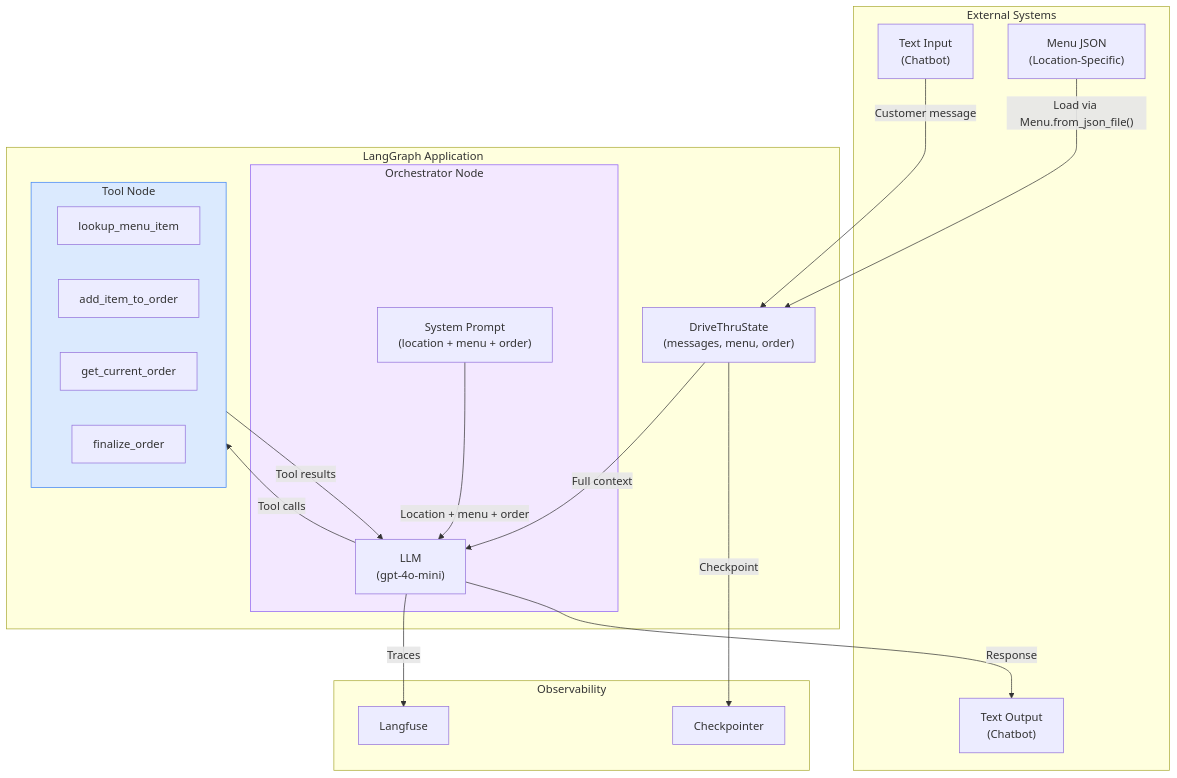
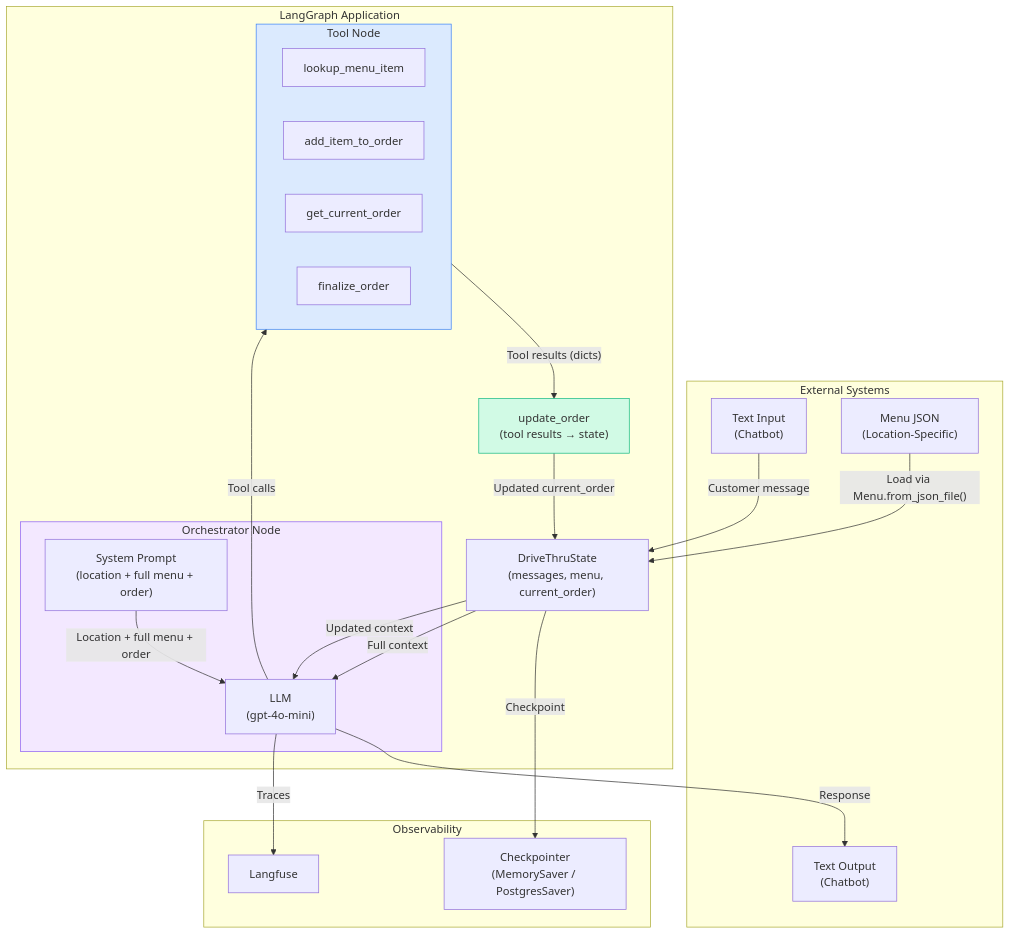
Before and after one commit to seanreed1111/mcdonalds-drive-thru-bot: the third of 12 diagrams in docs/thoughts/target-implementation/v1/langgraph-state-diagrams-v1.md, drawn with Mermaid. The commit also changed other lines of this file and 16 other files, not shown here.

````diff
--- a/docs/thoughts/target-implementation/v1/langgraph-state-diagrams-v1.md
+++ b/docs/thoughts/target-implementation/v1/langgraph-state-diagrams-v1.md
@@ -98,40 +100,44 @@
 ```mermaid
 flowchart TB
     subgraph External["External Systems"]
         Input["Text Input<br/>(Chatbot)"]
         Output["Text Output<br/>(Chatbot)"]
         MenuJSON["Menu JSON<br/>(Location-Specific)"]
     end
 
     subgraph LangGraph["LangGraph Application"]
         subgraph OrchestratorNode["Orchestrator Node"]
             LLM["LLM<br/>(gpt-4o-mini)"]
-            SystemPrompt["System Prompt<br/>(location + menu + order)"]
+            SystemPrompt["System Prompt<br/>(location + full menu + order)"]
         end
         subgraph ToolNode["Tool Node"]
             T1["lookup_menu_item"]
             T2["add_item_to_order"]
             T3["get_current_order"]
             T4["finalize_order"]
         end
-        State["DriveThruState<br/>(messages, menu, order)"]
+        UpdateOrderNode["update_order<br/>(tool results → state)"]
+        State["DriveThruState<br/>(messages, menu, current_order)"]
     end
 
     subgraph Observability["Observability"]
         Langfuse["Langfuse"]
-        Checkpointer["Checkpointer"]
+        Checkpointer["Checkpointer<br/>(MemorySaver / PostgresSaver)"]
     end
 
     Input -->|"Customer message"| State
     MenuJSON -->|"Load via Menu.from_json_file()"| State
     State -->|"Full context"| LLM
-    SystemPrompt -->|"Location + menu + order"| LLM
+    SystemPrompt -->|"Location + full menu + order"| LLM
     LLM -->|"Tool calls"| ToolNode
-    ToolNode -->|"Tool results"| LLM
+    ToolNode -->|"Tool results (dicts)"| UpdateOrderNode
+    UpdateOrderNode -->|"Updated current_order"| State
+    State -->|"Updated context"| LLM
     LLM -->|"Response"| Output
     State -->|"Checkpoint"| Checkpointer
     LLM -->|"Traces"| Langfuse
 
     style OrchestratorNode fill:#f3e8ff,stroke:#8b5cf6
     style ToolNode fill:#dbeafe,stroke:#3b82f6
+    style UpdateOrderNode fill:#d1fae5,stroke:#10b981
 ```
````
